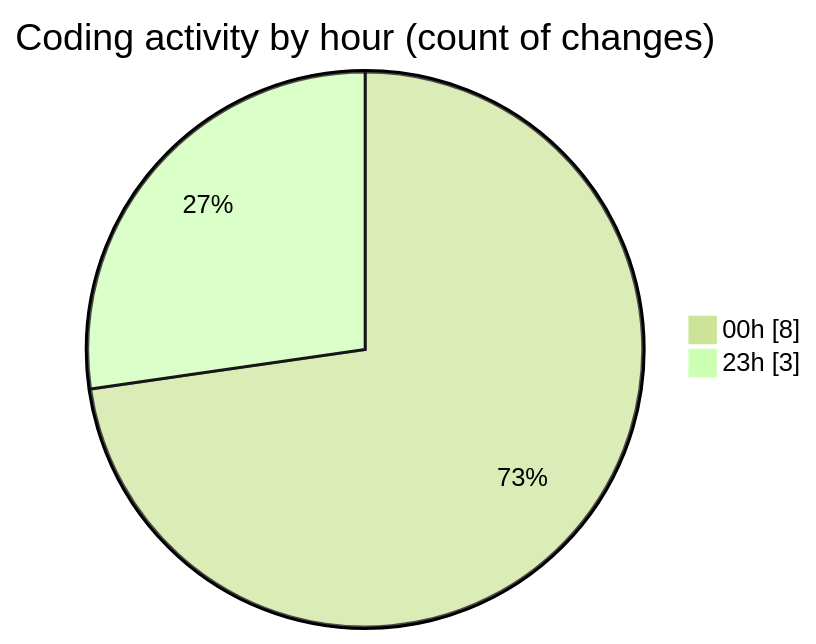
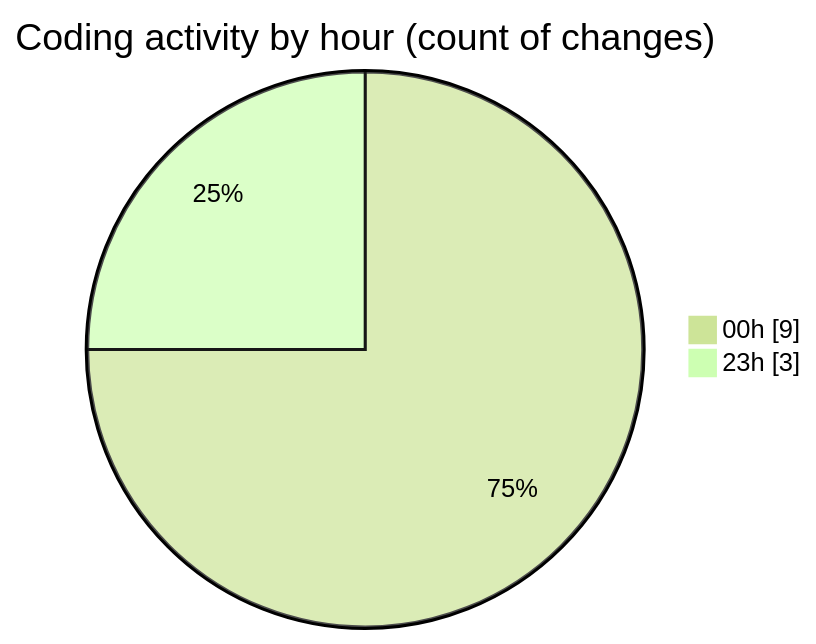
One commit to lephambinh05/code-tracking changed the second of 2 diagrams in 2025-07-28/quanlyrapchieuphim-1/README.md. Above: the diagram before and after it, drawn with Mermaid (forest theme). The commit also changed other lines of this file and 1 other file, not shown here.

````diff
--- a/2025-07-28/quanlyrapchieuphim-1/README.md
+++ b/2025-07-28/quanlyrapchieuphim-1/README.md
@@ -38,6 +38,6 @@
 ```mermaid
 pie showData
 title Coding activity by hour (count of changes)
-"00h" : 8
+"00h" : 9
 "23h" : 3
 ```
````
